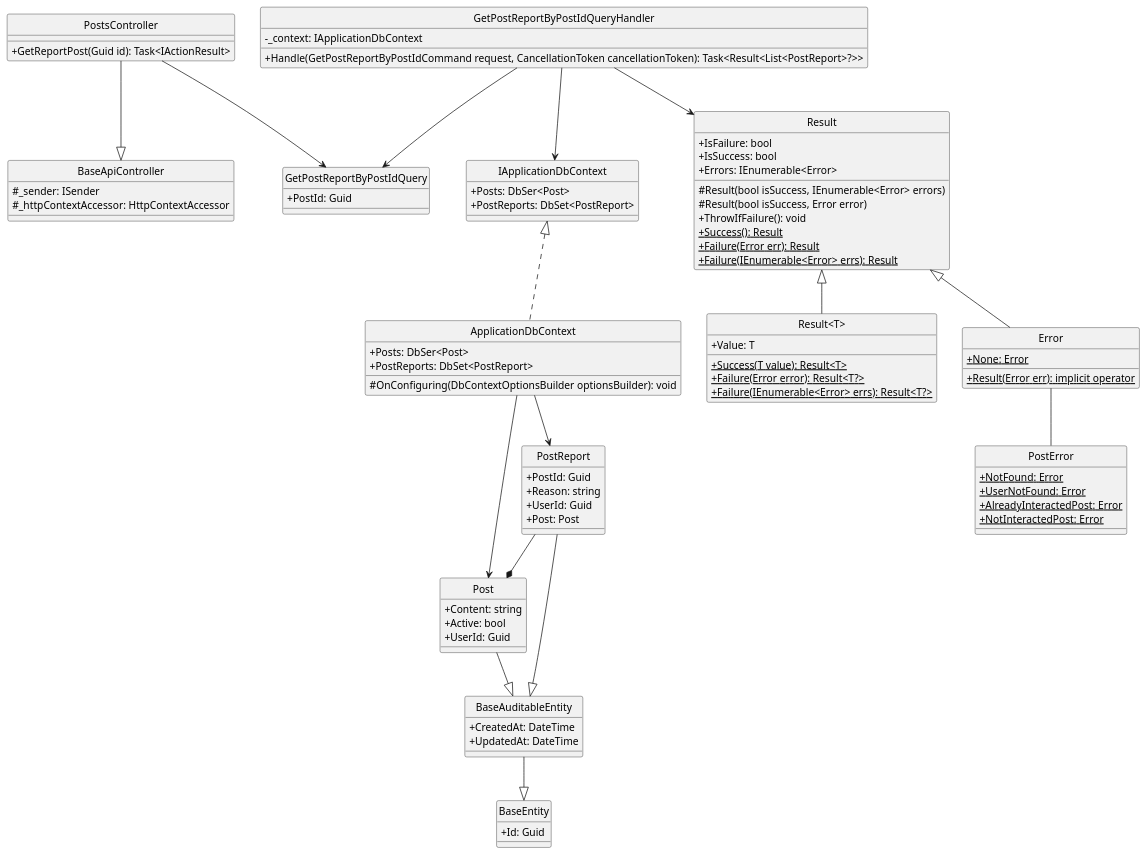
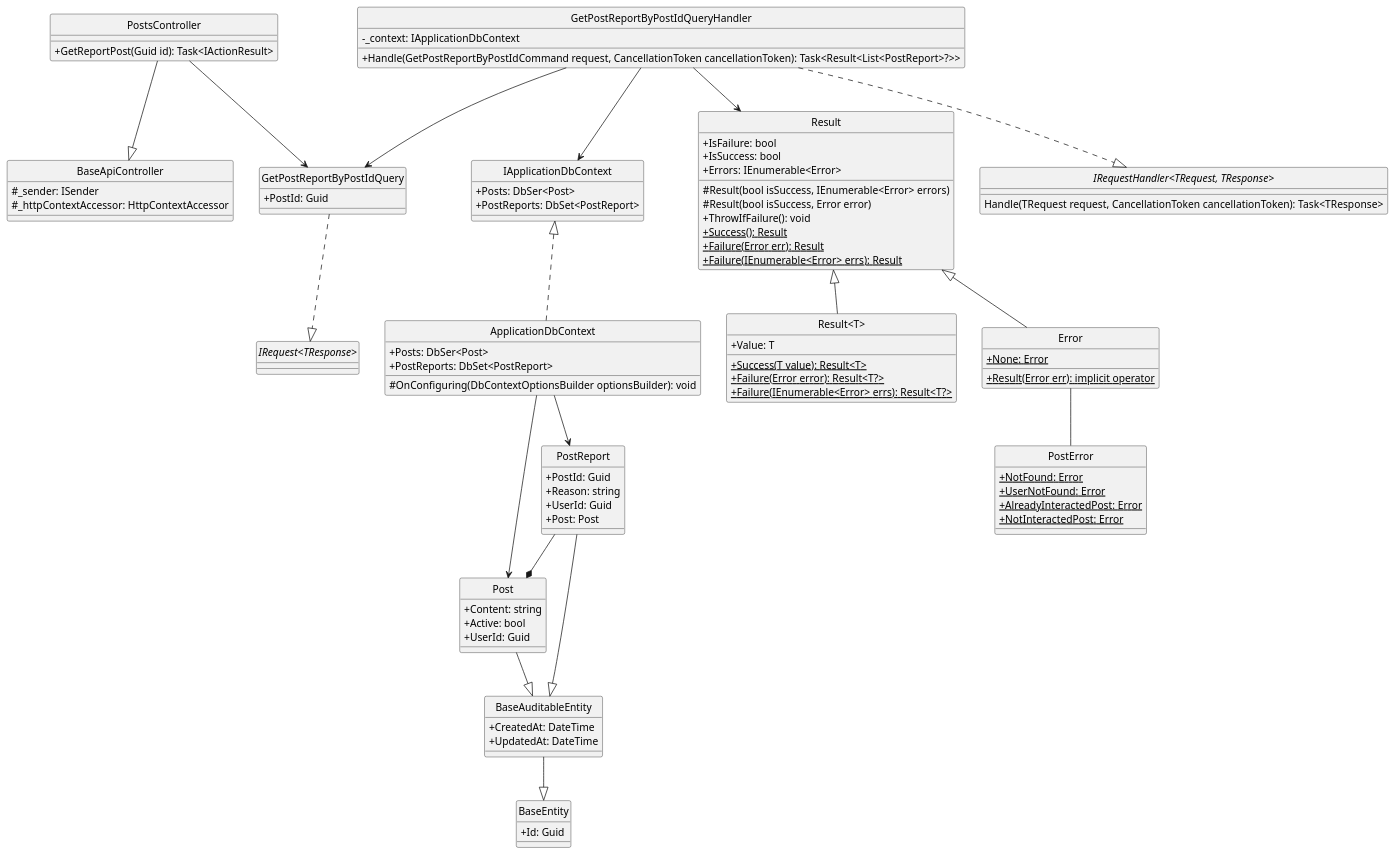
Before and after one commit to Carl-Johnsons/Chat-Application: the diagram in docs/Class Diagram/Post/Post/GetReportPostByPostId/ClassDiagram.plantuml, drawn with PlantUML. The commit also changed 21 other files, not shown here.

Commit message:
update post class diagram

```diff
--- a/docs/Class Diagram/Post/Post/GetReportPostByPostId/ClassDiagram.plantuml
+++ b/docs/Class Diagram/Post/Post/GetReportPostByPostId/ClassDiagram.plantuml
@@ -1,107 +1,114 @@
-@startuml 
+@startuml getReportPostByPostId
 hide circle
 skinparam classAttributeIconSize 0
 
 class BaseApiController {
     #_sender: ISender
     #_httpContextAccessor: HttpContextAccessor
 }
 
 class PostsController {
     +GetReportPost(Guid id): Task<IActionResult>
 }
 
 class GetPostReportByPostIdQuery {
     +PostId: Guid
 }
 
 class GetPostReportByPostIdQueryHandler {
     -_context: IApplicationDbContext
     +Handle(GetPostReportByPostIdCommand request, CancellationToken cancellationToken): Task<Result<List<PostReport>?>> 
 }
 
 class IApplicationDbContext {
     +Posts: DbSer<Post> 
     +PostReports: DbSet<PostReport>
 }
 
 class ApplicationDbContext {
     +Posts: DbSer<Post> 
     +PostReports: DbSet<PostReport>
     #OnConfiguring(DbContextOptionsBuilder optionsBuilder): void
 }
 
 class Result {
     +IsFailure: bool
     +IsSuccess: bool
     +Errors: IEnumerable<Error>
     #Result(bool isSuccess, IEnumerable<Error> errors)
     #Result(bool isSuccess, Error error)
     +ThrowIfFailure(): void
     +{static} Success(): Result
     +{static} Failure(Error err): Result
     +{static} Failure(IEnumerable<Error> errs): Result
 }
 
 class "Result<T>" {
     +Value: T
     +{static} Success(T value): Result<T>
     +{static} Failure(Error error): Result<T?>
     +{static} Failure(IEnumerable<Error> errs): Result<T?>
 }
 
 class Error {
     +{static} None: Error 
     +{static} Result(Error err): implicit operator
 }
 
 class PostError {
     +{static} NotFound: Error
     +{static} UserNotFound: Error
     +{static} AlreadyInteractedPost: Error
     +{static} NotInteractedPost: Error
 }
 
 class BaseEntity {
     +Id: Guid 
 }
 
 class BaseAuditableEntity{
     +CreatedAt: DateTime
     +UpdatedAt: DateTime 
 }
 
 class Post {
     +Content: string
     +Active: bool
     +UserId: Guid
 }
 
 class PostReport {
     +PostId: Guid 
     +Reason: string 
     +UserId: Guid 
     +Post: Post
 } 
 
+interface "IRequest<TResponse>"
+interface "IRequestHandler<TRequest, TResponse>"{
+    Handle(TRequest request, CancellationToken cancellationToken): Task<TResponse>
+}
+
 '==== Get Post Report By Post Id ====
 'API Layer
 PostsController --|> BaseApiController
 PostsController --> GetPostReportByPostIdQuery
 'Application Layer
+GetPostReportByPostIdQuery ..|> "IRequest<TResponse>"
+GetPostReportByPostIdQueryHandler ..|> "IRequestHandler<TRequest, TResponse>"
 GetPostReportByPostIdQueryHandler --> GetPostReportByPostIdQuery
 GetPostReportByPostIdQueryHandler --> Result
 GetPostReportByPostIdQueryHandler --> IApplicationDbContext
 'Domain Layer
 Result <|-- Error
 Result <|-- "Result<T>"
 Error -- PostError
 PostReport --|> BaseAuditableEntity
 Post --|> BaseAuditableEntity
 BaseAuditableEntity --|> BaseEntity
 PostReport --* Post
 'Infrastructure Layer
 IApplicationDbContext <|.. ApplicationDbContext
 ApplicationDbContext --> Post
 ApplicationDbContext --> PostReport
 @enduml
```
